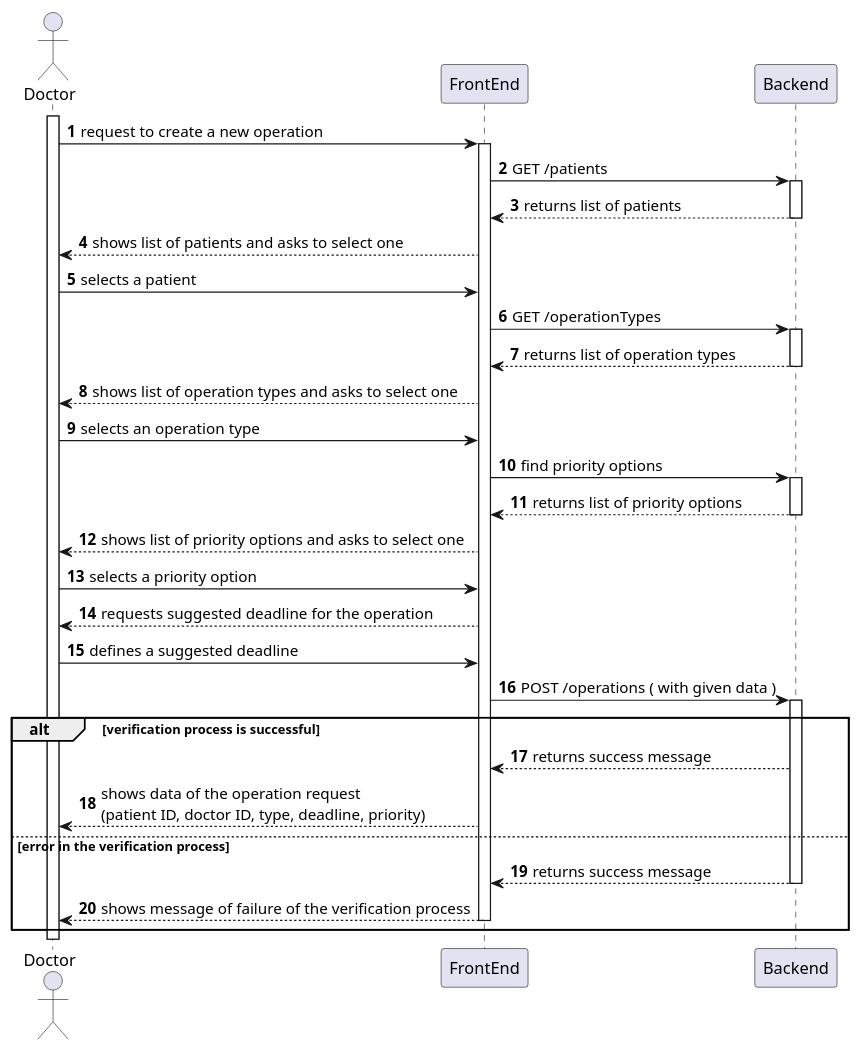
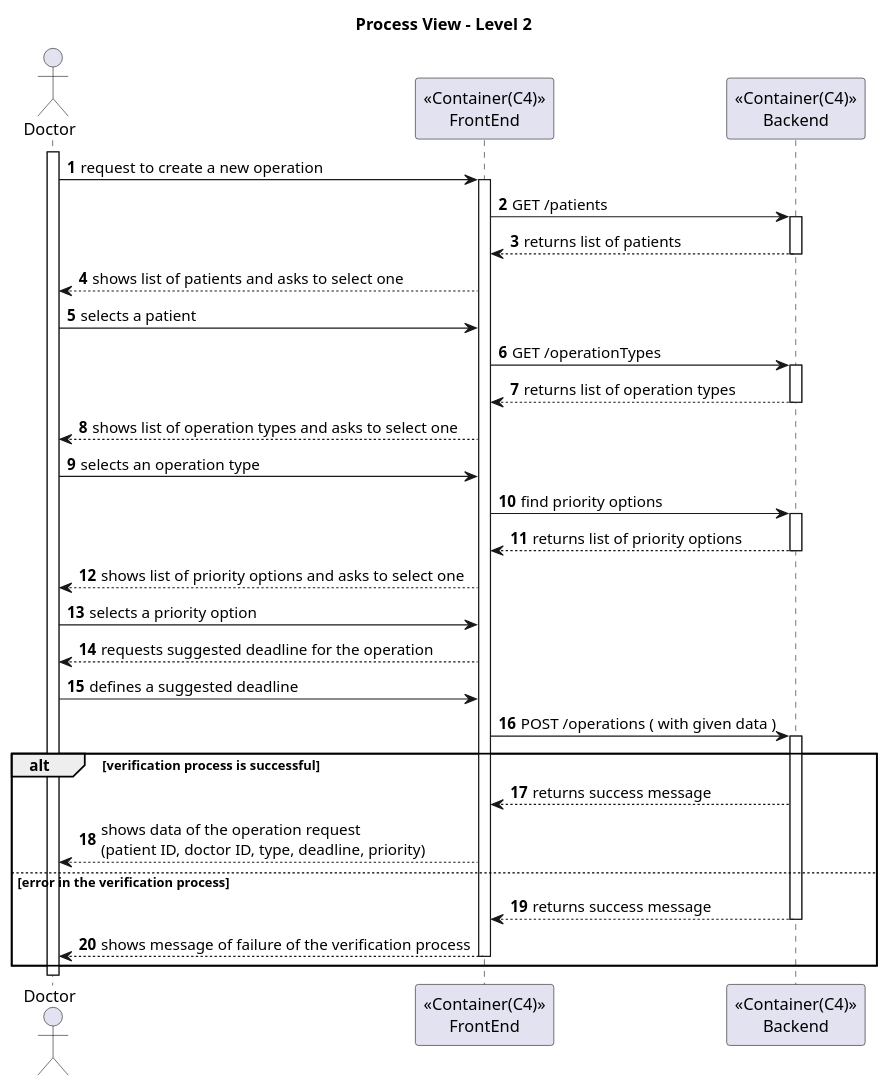
One commit to Saquinho74/LAPR5 changed the diagram in Docs/SprintA/US16/level2/process_view.puml. Above: the diagram before and after it, drawn with PlantUML. The commit also changed 2 other files, not shown here.

Commit message:
#16 Process view levels updated Logical changes

```diff
--- a/Docs/SprintA/US16/level2/process_view.puml
+++ b/Docs/SprintA/US16/level2/process_view.puml
@@ -1,104 +1,107 @@
 @startuml
 'https://plantuml.com/sequence-diagram
 
 autonumber
 actor Doctor as doc
-participant "FrontEnd" as sys
-participant "Backend"
+participant "<<Container(C4)>>\nFrontEnd" as sys
+participant "<<Container(C4)>>\nBackend" as Backend
 activate doc
+
+title Process View - Level 2
+
 
 doc -> sys: request to create a new operation
 
 activate sys
 
 
 sys -> "Backend" : GET /patients
 
 activate "Backend"
 
 "Backend" --> sys : returns list of patients
 
 deactivate "Backend"
 
 
 sys --> doc: shows list of patients and asks to select one
 
 
 doc -> sys: selects a patient
 
 
 sys -> "Backend" : GET /operationTypes
 
 activate "Backend"
 
 "Backend" --> sys : returns list of operation types
 
 deactivate "Backend"
 
 sys --> doc: shows list of operation types and asks to select one
 
 
 
 
 deactivate "Backend"
 
 doc -> sys: selects an operation type
 
 
 
 sys -> "Backend" : find priority options
 
 activate "Backend"
 
 "Backend" --> sys : returns list of priority options
 
 deactivate "Backend"
 
 sys --> doc : shows list of priority options and asks to select one
 
 
 
 
 
 doc -> sys: selects a priority option
 
 
 
 sys --> doc: requests suggested deadline for the operation
 
 
 
 doc -> sys: defines a suggested deadline
 
 
 
 
 
 
 
 sys -> "Backend" : POST /operations ( with given data )
 
 activate "Backend"
 
 alt verification process is successful
 
 
 "Backend" --> sys : returns success message
 
 
   sys --> doc: shows data of the operation request \n(patient ID, doctor ID, type, deadline, priority)
 
 
 else error in the verification process
 
 "Backend" --> sys : returns success message
 
 deactivate "Backend"
 
   sys --> doc: shows message of failure of the verification process
 
   deactivate sys
 
 end
 
 @enduml
```
